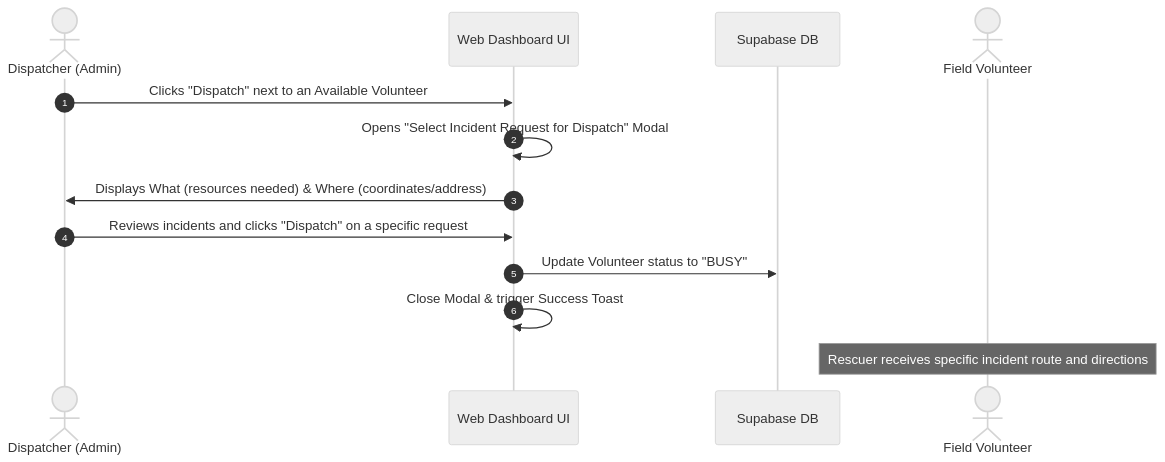
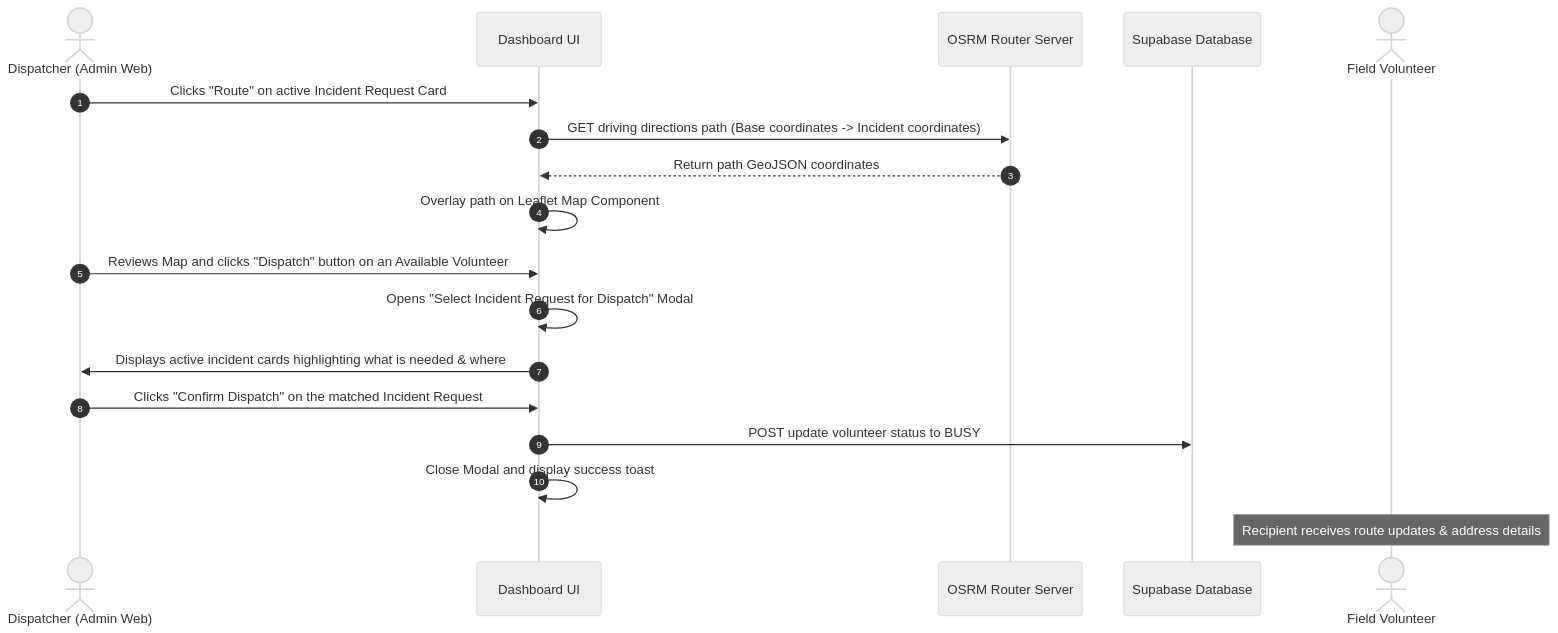
Before and after one commit to bharathkumar000/RESQLINK: the fourth of 5 diagrams in SYSTEM_ARCHITECTURE.md, drawn with Mermaid (neutral theme). The commit also changed other lines of this file, not shown here.

Commit message:
docs(system): Update SYSTEM_ARCHITECTURE.md to unify all hardware, mobile, database and web modules

````diff
--- a/SYSTEM_ARCHITECTURE.md
+++ b/SYSTEM_ARCHITECTURE.md
@@ -143,16 +204,21 @@
 ```mermaid
 sequenceDiagram
     autonumber
-    actor Disp as Dispatcher (Admin)
-    participant UI as Web Dashboard UI
-    participant DB as Supabase DB
+    actor Disp as Dispatcher (Admin Web)
+    participant UI as Dashboard UI
+    participant OSRM as OSRM Router Server
+    participant DB as Supabase Database
     actor Vol as Field Volunteer
 
-    Disp->>UI: Clicks "Dispatch" next to an Available Volunteer
+    Disp->>UI: Clicks "Route" on active Incident Request Card
+    UI->>OSRM: GET driving directions path (Base coordinates -> Incident coordinates)
+    OSRM-->>UI: Return path GeoJSON coordinates
+    UI->>UI: Overlay path on Leaflet Map Component
+    Disp->>UI: Reviews Map and clicks "Dispatch" button on an Available Volunteer
     UI->>UI: Opens "Select Incident Request for Dispatch" Modal
-    UI->>Disp: Displays What (resources needed) & Where (coordinates/address)
-    Disp->>UI: Reviews incidents and clicks "Dispatch" on a specific request
-    UI->>DB: Update Volunteer status to "BUSY"
-    UI->>UI: Close Modal & trigger Success Toast
-    Note over Vol: Rescuer receives specific incident route and directions
+    UI->>Disp: Displays active incident cards highlighting what is needed & where
+    Disp->>UI: Clicks "Confirm Dispatch" on the matched Incident Request
+    UI->>DB: POST update volunteer status to BUSY
+    UI->>UI: Close Modal and display success toast
+    Note over Vol: Recipient receives route updates & address details
 ```
````
